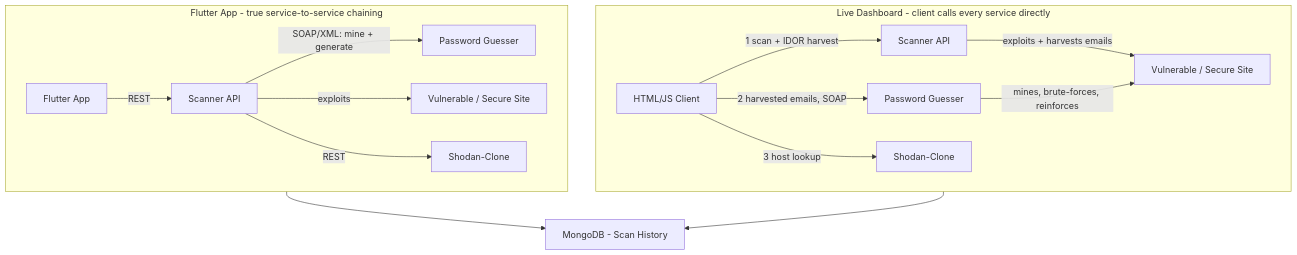
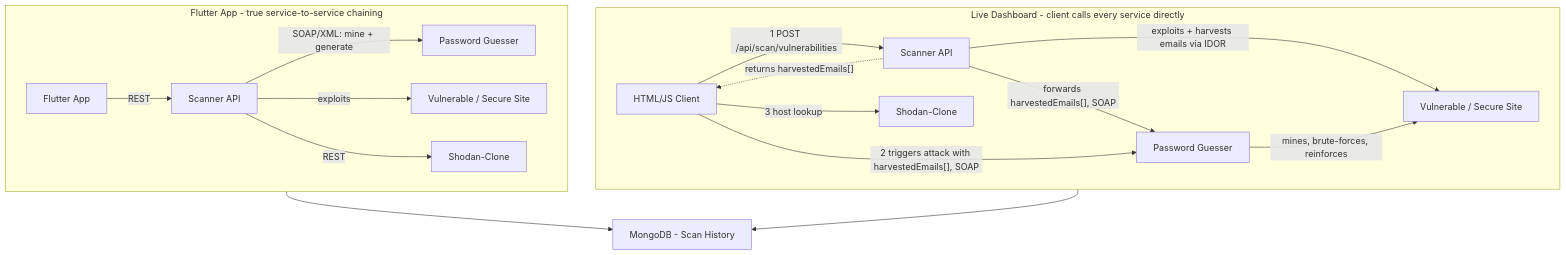
The diagram in README.md (ghassen1586-ui/security-scanner-project), drawn with Mermaid before and after one commit. The commit also changed other lines of this file and 2 other files, not shown here.

Commit message:
Add Scanner->Password Guesser server-to-server email handoff
Claude-Session: https://claude.ai/code/session_01H8ciEC7Q1oSJaoa4SGJjKj

````diff
--- a/README.md
+++ b/README.md
@@ -20,23 +20,25 @@
 ```mermaid
 flowchart TB
     subgraph Dashboard["Live Dashboard - client calls every service directly"]
         direction LR
         Client["HTML/JS Client"]
-        Client -->|"1 scan + IDOR harvest"| Scanner1["Scanner API"]
-        Scanner1 -->|"exploits + harvests emails"| Target1["Vulnerable / Secure Site"]
-        Client -->|"2 harvested emails, SOAP"| Guesser1["Password Guesser"]
+        Client -->|"1 POST /api/scan/vulnerabilities"| Scanner1["Scanner API"]
+        Scanner1 -->|"exploits + harvests emails via IDOR"| Target1["Vulnerable / Secure Site"]
+        Scanner1 -->|"forwards harvestedEmails[], SOAP"| Guesser1["Password Guesser"]
+        Scanner1 -.->|"returns harvestedEmails[]"| Client
+        Client -->|"2 triggers attack with harvestedEmails[], SOAP"| Guesser1
         Guesser1 -->|"mines, brute-forces, reinforces"| Target1
         Client -->|"3 host lookup"| Shodan1["Shodan-Clone"]
     end
 
     subgraph Legacy["Flutter App - true service-to-service chaining"]
         direction LR
         Flutter["Flutter App"] -->|"REST"| Scanner2["Scanner API"]
         Scanner2 -->|"SOAP/XML: mine + generate"| Guesser2["Password Guesser"]
         Scanner2 -->|"exploits"| Target2["Vulnerable / Secure Site"]
         Scanner2 -->|"REST"| Shodan2["Shodan-Clone"]
     end
 
     Scanner1 --> Mongo["MongoDB - Scan History"]
     Scanner2 --> Mongo
 ```
````
